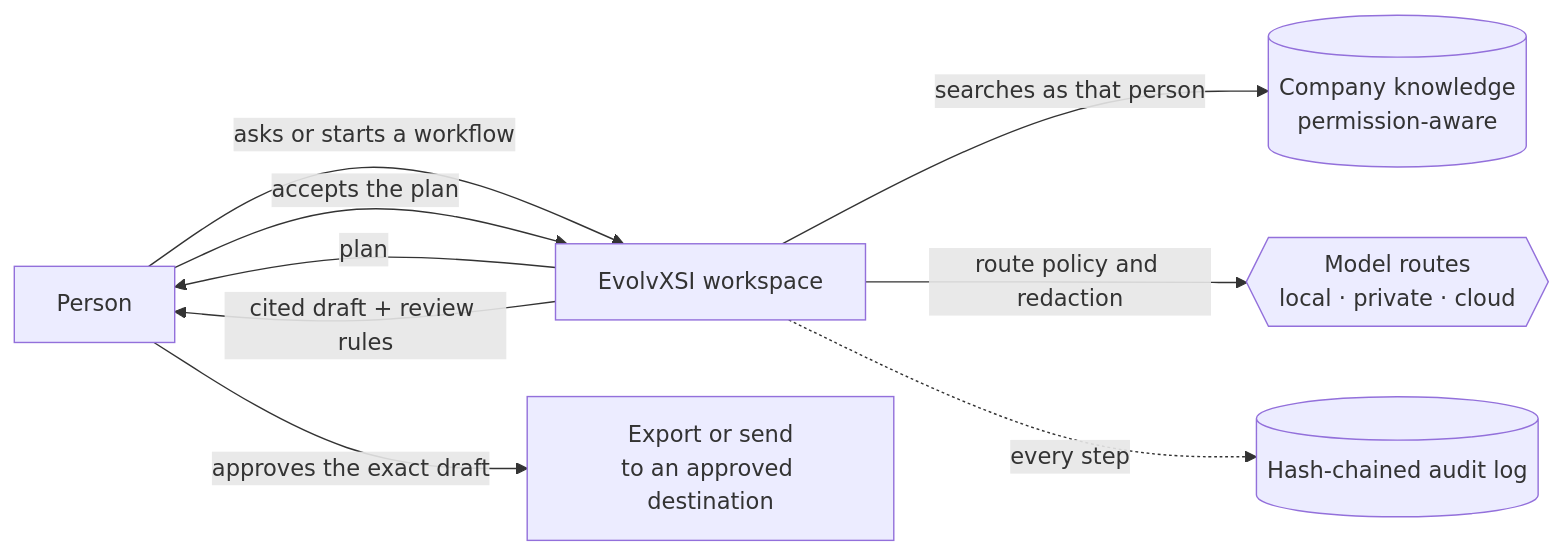
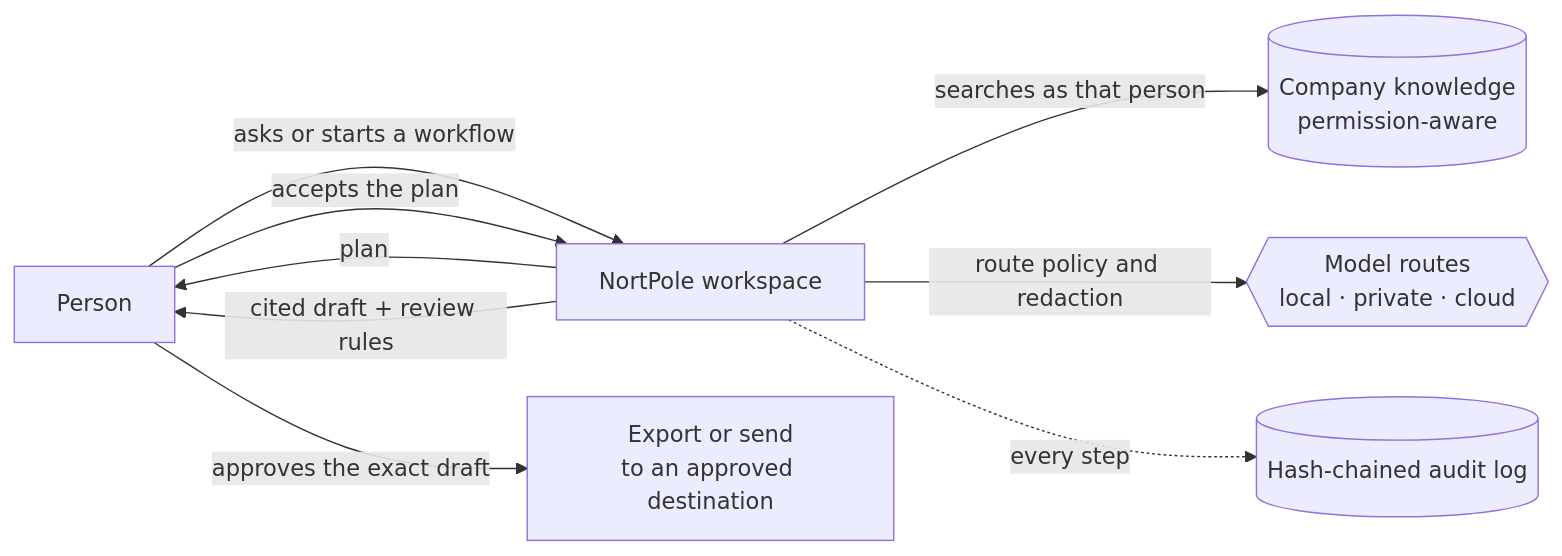
The diagram in README.md (VenkataAnilKumar/NortPole), drawn with Mermaid before and after one commit. The commit also changed other lines of this file and 463 other files, not shown here.

First line of the commit message:
Rename the product to NortPole (visible name)

````diff
--- a/README.md
+++ b/README.md
@@ -101,11 +101,11 @@
 ```mermaid
 flowchart LR
-    P[Person] -->|asks or starts a workflow| W[EvolvXSI workspace]
+    P[Person] -->|asks or starts a workflow| W[NortPole workspace]
     W -->|plan| P
     P -->|accepts the plan| W
     W -->|searches as that person| K[(Company knowledge<br/>permission-aware)]
     W -->|route policy and redaction| M{{Model routes<br/>local · private · cloud}}
     W -->|cited draft + review rules| P
     P -->|approves the exact draft| S[Export or send<br/>to an approved destination]
     W -.->|every step| A[(Hash-chained audit log)]
 ```
````
